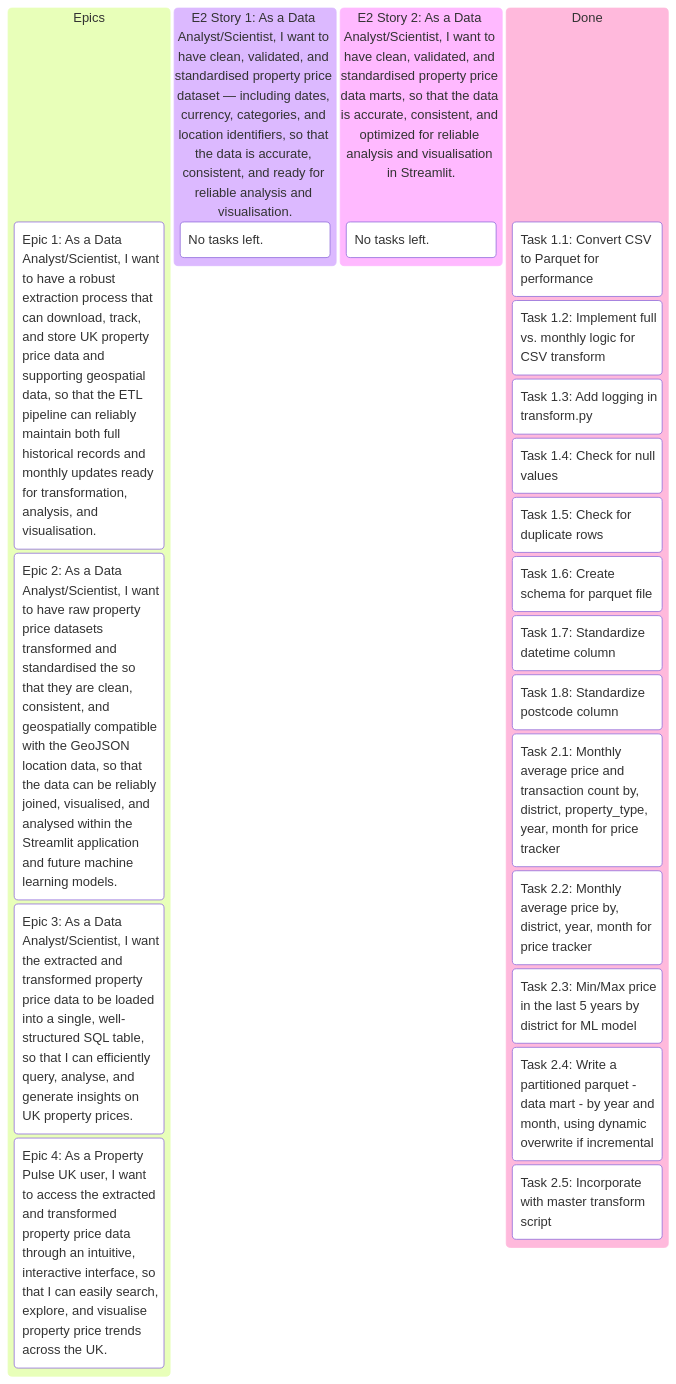
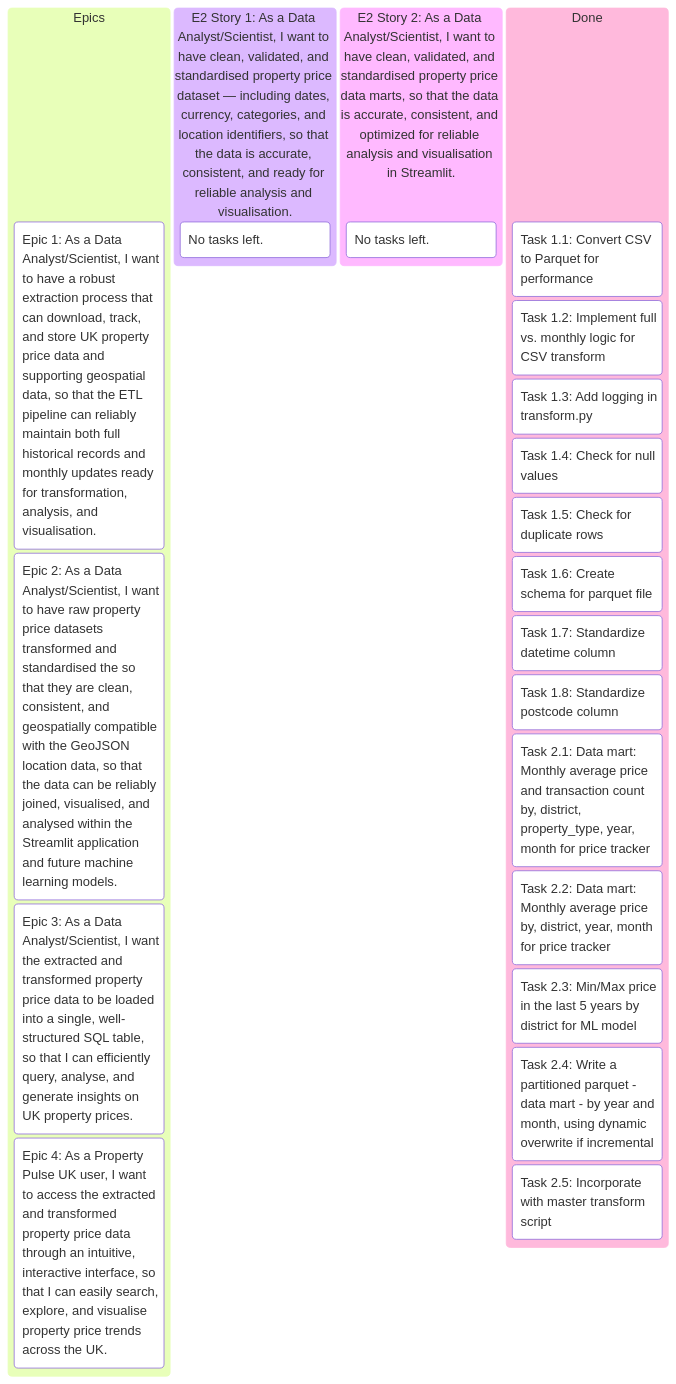
One commit to pavlekovic/property-pulse-uk changed the second of 3 diagrams in README.md. Above: the diagram before and after it, drawn with Mermaid. The commit also changed 4437 other files, not shown here.

````diff
--- a/README.md
+++ b/README.md
@@ -227,33 +227,33 @@
 ```mermaid
 kanban
     Epics
         (Epic 1: As a Data Analyst/Scientist, I want to have a robust extraction process that can download, track, and store UK property price data and supporting geospatial data, so that the ETL pipeline can reliably maintain both full historical records and monthly updates ready for transformation, analysis, and visualisation.)
 
         (Epic 2: As a Data Analyst/Scientist, I want to have raw property price datasets transformed and standardised the so that they are clean, consistent, and geospatially compatible with the GeoJSON location data, so that the data can be reliably joined, visualised, and analysed within the Streamlit application and future machine learning models.)
 
         (Epic 3: As a Data Analyst/Scientist, I want the extracted and transformed property price data to be loaded into a single, well-structured SQL table, so that I can efficiently query, analyse, and generate insights on UK property prices.)
 
         (Epic 4: As a Property Pulse UK user, I want to access the extracted and transformed property price data through an intuitive, interactive interface, so that I can easily search, explore, and visualise property price trends across the UK.)
 
     (E2 Story 1: As a Data Analyst/Scientist, I want to have clean, validated, and standardised property price dataset — including dates, currency, categories, and location identifiers, so that the data is accurate, consistent, and ready for reliable analysis and visualisation.)
         No tasks left.
 
     (E2 Story 2: As a Data Analyst/Scientist, I want to have clean, validated, and standardised property price data marts, so that the data is accurate, consistent, and optimized for reliable analysis and visualisation in Streamlit.)
         No tasks left.
 
     Done
         Task 1.1: Convert CSV to Parquet for performance
         Task 1.2: Implement full vs. monthly logic for CSV transform
         Task 1.3: Add logging in transform.py
         Task 1.4: Check for null values
         Task 1.5: Check for duplicate rows
         Task 1.6: Create schema for parquet file
         Task 1.7: Standardize datetime column
         Task 1.8: Standardize postcode column
-        Task 2.1: Monthly average price and transaction count by, district, property_type, year, month for price tracker
-        Task 2.2: Monthly average price by, district, year, month for price tracker
+        Task 2.1: Data mart: Monthly average price and transaction count by, district, property_type, year, month for price tracker
+        Task 2.2: Data mart: Monthly average price by, district, year, month for price tracker
         Task 2.3: Min/Max price in the last 5 years by district for ML model
         Task 2.4: Write a partitioned parquet - data mart - by year and month, using dynamic overwrite if incremental
         Task 2.5: Incorporate with master transform script
         
 ```
````
